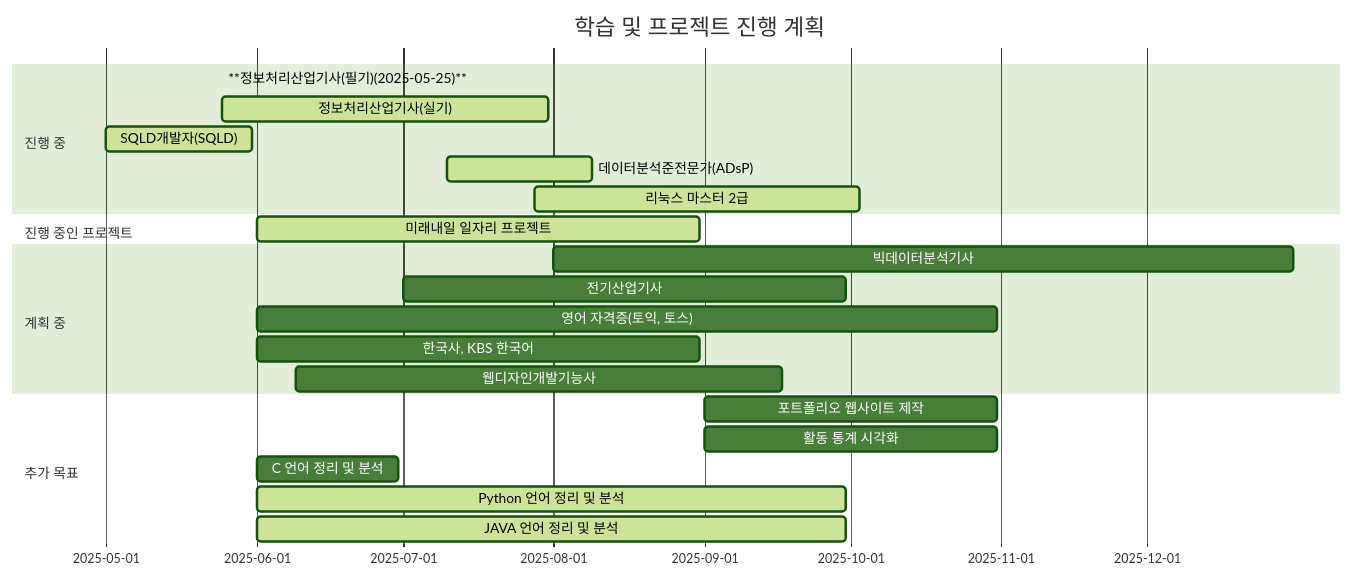
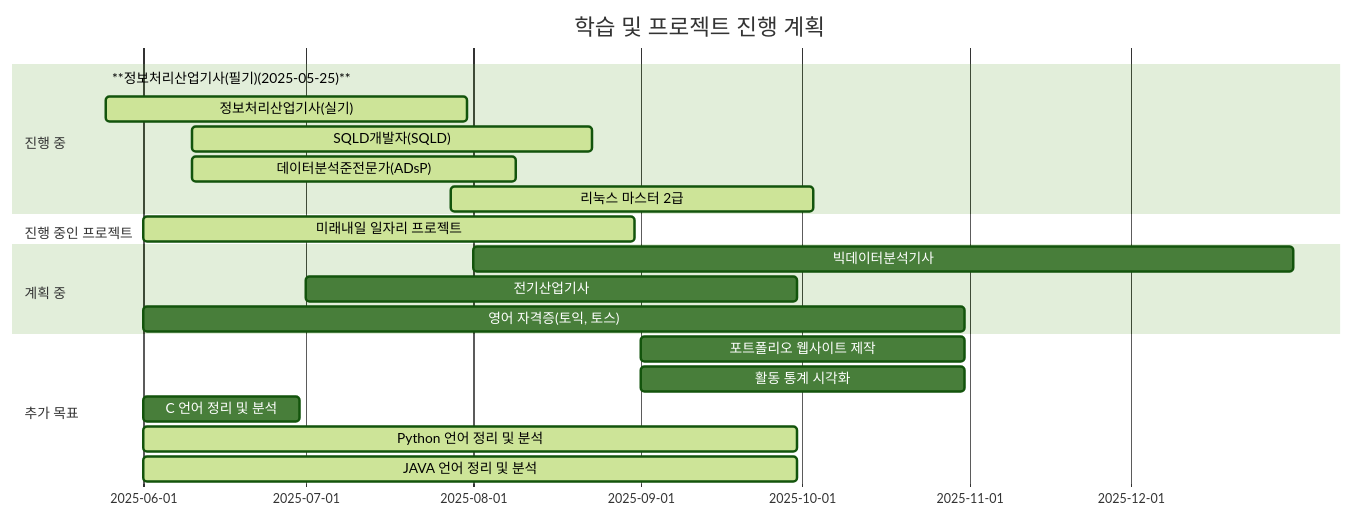
The diagram in README.md (KmK0708/KmK0708), drawn with Mermaid (forest theme) before and after one commit.

````diff
--- a/README.md
+++ b/README.md
@@ -79,30 +79,28 @@
 ```mermaid
 gantt
   title 학습 및 프로젝트 진행 계획
   dateFormat  YYYY-MM-DD
 
   section 진행 중
   **정보처리산업기사(필기)(2025-05-25)**    :done, 2025-05-25, 2025-05-25
   정보처리산업기사(실기)                    :active, 2025-05-25, 2025-07-31
-  SQLD개발자(SQLD)                        :active, 2025-05-01, 2025-05-31
-  데이터분석준전문가(ADsP)                 :active, 2025-07-10, 2025-08-09
+  SQLD개발자(SQLD)                        :active, 2025-06-10, 2025-08-23
+  데이터분석준전문가(ADsP)                 :active, 2025-06-10, 2025-08-09
   리눅스 마스터 2급                        :active, 2025-07-28, 2025-10-03
 
   section 진행 중인 프로젝트
   미래내일 일자리 프로젝트                   :active, 2025-06-01, 2025-08-31
 
   section 계획 중
   빅데이터분석기사                          :planned, 2025-08-01, 2025-12-31
   전기산업기사                             :planned, 2025-07-01, 2025-09-30
   영어 자격증(토익, 토스)                   :planned, 2025-06-01, 2025-10-31
-  한국사, KBS 한국어                        :planned, 2025-06-01, 2025-08-31
-  웹디자인개발기능사                        :planned, 2025-06-09, 2025-09-17
 
   section 추가 목표
   포트폴리오 웹사이트 제작                  :planned, 2025-09-01, 2025-10-31
   활동 통계 시각화                          :planned, 2025-09-01, 2025-10-31
   C 언어 정리 및 분석                      :planned, 2025-06-01, 2025-06-30
   Python 언어 정리 및 분석                 :active, 2025-06-01, 2025-09-30
   JAVA 언어 정리 및 분석                   :active, 2025-06-01, 2025-09-30
 
 ```
````
